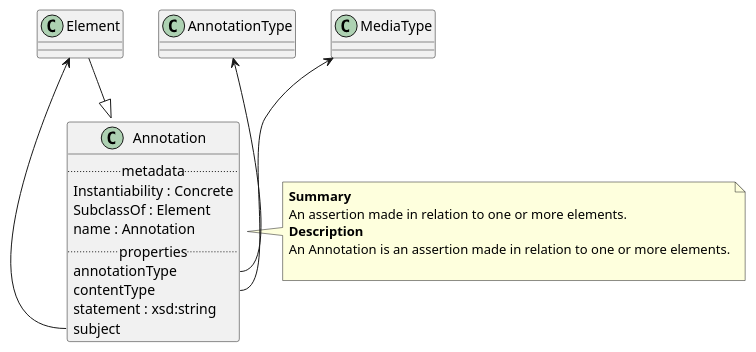
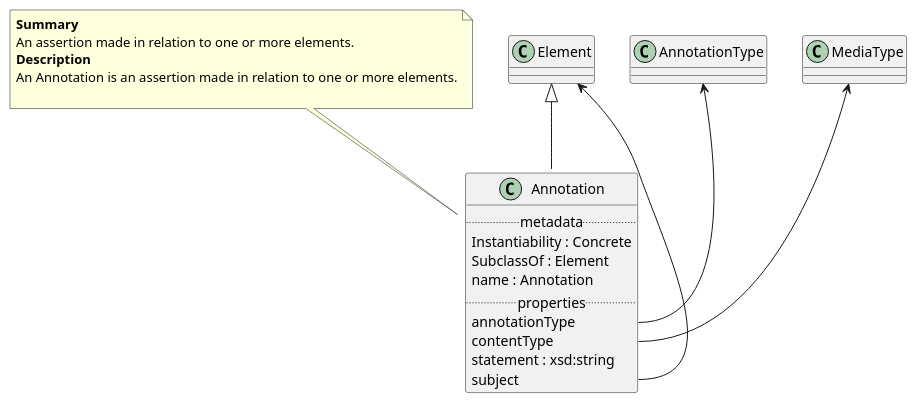
Before and after one commit to maxhbr/spec-parser.hs: the diagram in Classes/Annotation.puml, drawn with PlantUML. The commit also changed 51 other files, not shown here.

```diff
--- a/Classes/Annotation.puml
+++ b/Classes/Annotation.puml
@@ -1,24 +1,24 @@
 @startuml
 class Annotation {
 .. metadata ..
     Instantiability : Concrete
     SubclassOf : Element
     name : Annotation
 .. properties ..
     annotationType
     contentType
     statement : xsd:string
     subject
 }
-note right of Annotation
+note top of Annotation
 <b>Summary</b>
 An assertion made in relation to one or more elements.
 <b>Description</b>
 An Annotation is an assertion made in relation to one or more elements.
 
 end note
-"Element" --|> "Annotation"
+"Element" <|-- "Annotation"
 "AnnotationType" <-- "Annotation::annotationType"
 "MediaType" <-- "Annotation::contentType"
 "Element" <-- "Annotation::subject"
 @enduml
```
